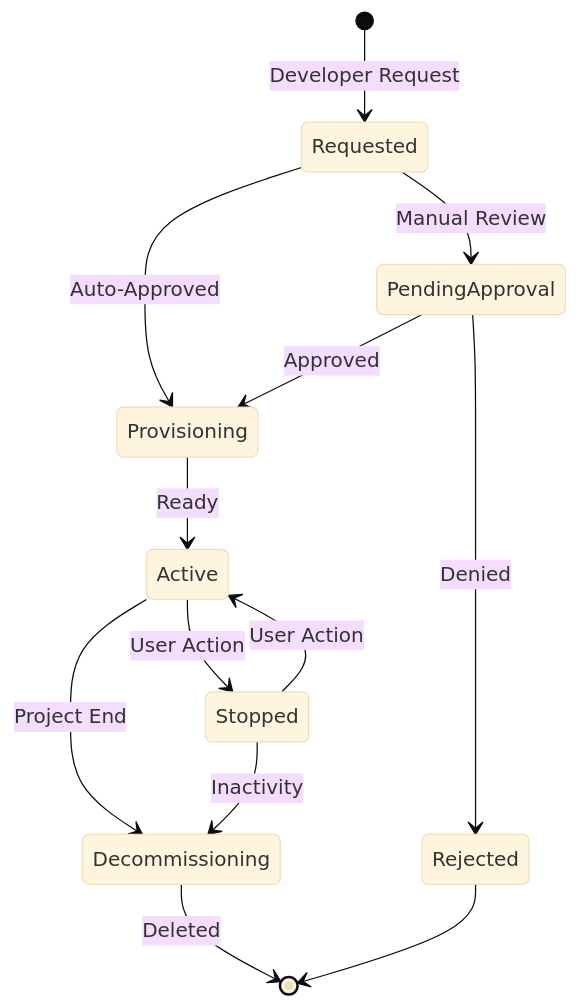
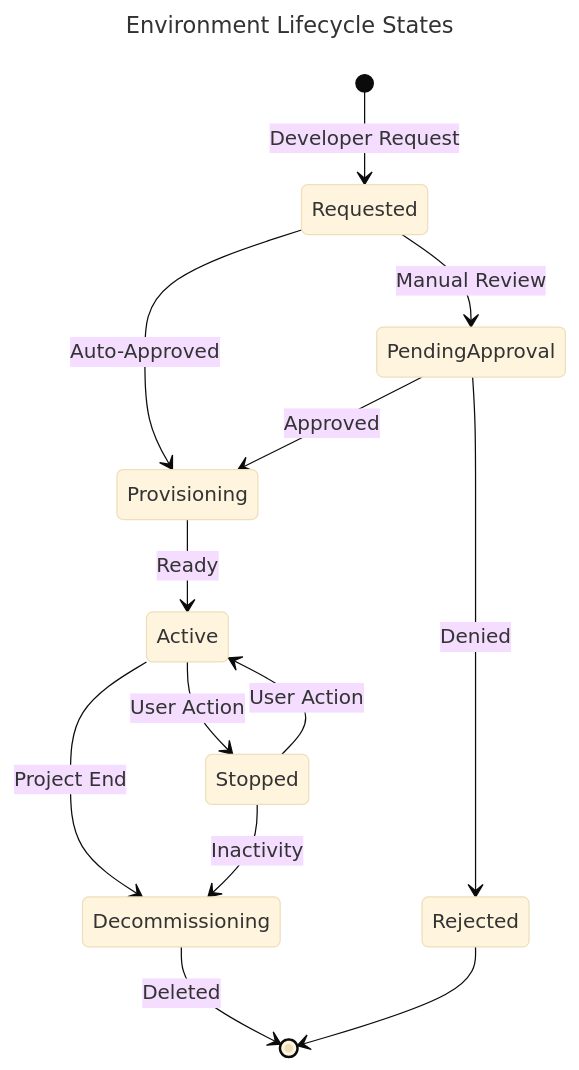
One commit to Evilazaro/DevExp-DevBox changed the fifth of 6 diagrams in docs/architecture/01-business-architecture.md. Above: the diagram before and after it, drawn with Mermaid (base theme). The commit also changed other lines of this file and 2 other files, not shown here.

Commit message:
Enhance documentation for architecture files by adding titles to diagrams, improving section titles, and incorporating emojis for better clarity and navigation.

````diff
--- a/docs/architecture/01-business-architecture.md
+++ b/docs/architecture/01-business-architecture.md
@@ -336,15 +403,18 @@
 ```mermaid
+---
+title: Environment Lifecycle States
+---
 stateDiagram-v2
     [*] --> Requested: Developer Request
     Requested --> Provisioning: Auto-Approved
     Requested --> PendingApproval: Manual Review
     PendingApproval --> Provisioning: Approved
     PendingApproval --> Rejected: Denied
     Provisioning --> Active: Ready
     Active --> Stopped: User Action
     Stopped --> Active: User Action
     Active --> Decommissioning: Project End
     Stopped --> Decommissioning: Inactivity
     Decommissioning --> [*]: Deleted
     Rejected --> [*]
 ```
````
